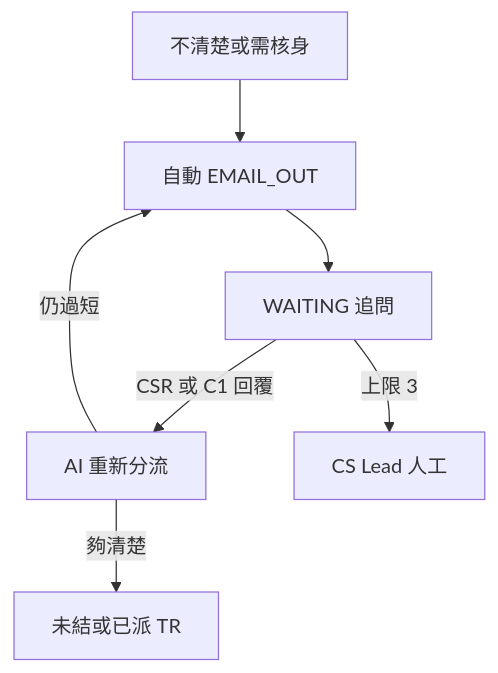
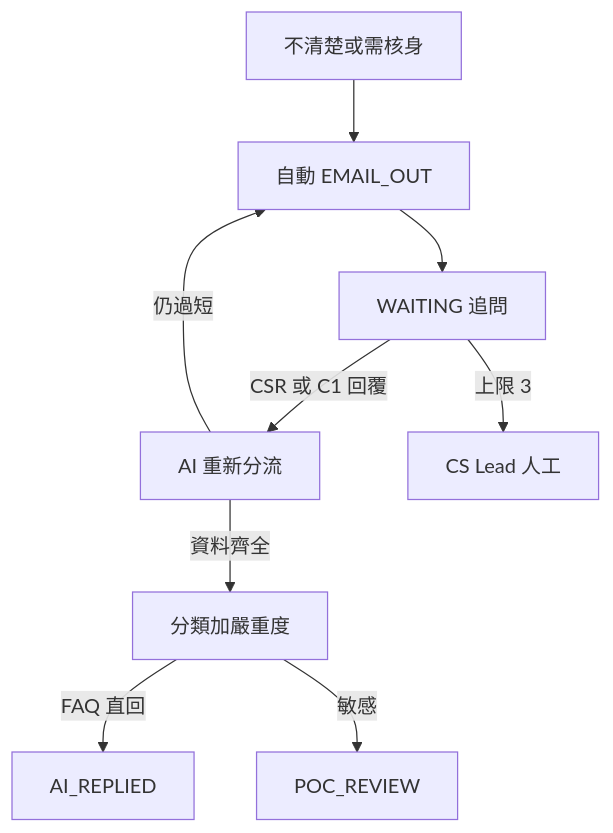
One commit to hxyan2020/PRD changed the ninth of 11 diagrams in platform/docs/PRD.zh-Hant.md. Above: the diagram before and after it, drawn with Mermaid. The commit also changed other lines of this file and 39 other files, not shown here.

First line of the commit message:
Add CS/TR categorize, severity, AI solution and POC review after collected facts.

````diff
--- a/platform/docs/PRD.zh-Hant.md
+++ b/platform/docs/PRD.zh-Hant.md
@@ -213,9 +213,11 @@
 ```mermaid
 graph TD
   Thin[不清楚或需核身] --> Mail[自動 EMAIL_OUT]
   Mail --> Wait[WAITING 追問]
   Wait -->|CSR 或 C1 回覆| Again[AI 重新分流]
   Wait -->|上限 3| Lead[CS Lead 人工]
   Again -->|仍過短| Mail
-  Again -->|夠清楚| Open[未結或已派 TR]
+  Again -->|資料齊全| Analyze[分類加嚴重度]
+  Analyze -->|FAQ 直回| Replied[AI_REPLIED]
+  Analyze -->|敏感| Poc[POC_REVIEW]
 ```
````
